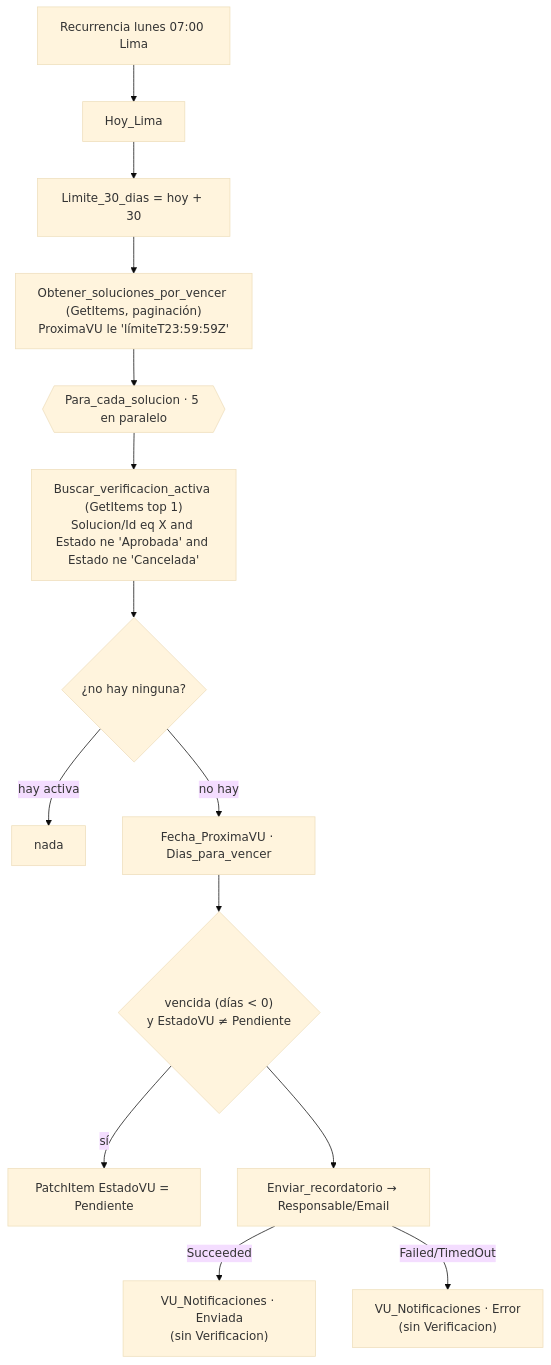
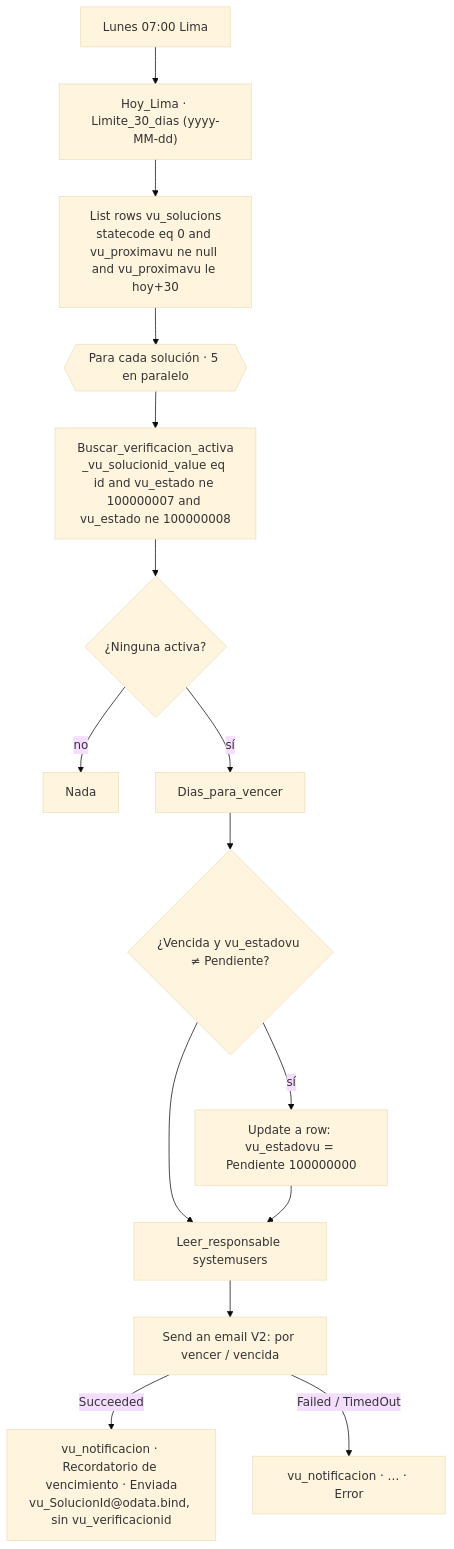
One commit to Biomont-Soluciones-Agiles/verificaciones-uso changed the diagram in infra/power-automate/F4-Vencimiento/README.md. Above: the diagram before and after it, drawn with Mermaid (base theme). The commit also changed other lines of this file and 119 other files, not shown here.

````diff
--- a/infra/power-automate/F4-Vencimiento/README.md
+++ b/infra/power-automate/F4-Vencimiento/README.md
@@ -15,15 +15,17 @@
 ```mermaid
 flowchart TD
-    T[Recurrencia lunes 07:00 Lima] --> H[Hoy_Lima] --> L30[Limite_30_dias = hoy + 30]
-    L30 --> G["Obtener_soluciones_por_vencer (GetItems, paginación)<br/>ProximaVU le 'límiteT23:59:59Z'"]
-    G --> F{{Para_cada_solucion · 5 en paralelo}}
-    F --> B["Buscar_verificacion_activa (GetItems top 1)<br/>Solucion/Id eq X and Estado ne 'Aprobada' and Estado ne 'Cancelada'"]
-    B --> Q{¿no hay ninguna?}
-    Q -- hay activa --> FIN[nada]
-    Q -- no hay --> D[Fecha_ProximaVU · Dias_para_vencer]
-    D --> V{"vencida (días < 0)<br/>y EstadoVU ≠ Pendiente"}
-    V -- sí --> P[PatchItem EstadoVU = Pendiente]
-    V --> M[Enviar_recordatorio → Responsable/Email]
-    M -- Succeeded --> R1["VU_Notificaciones · Enviada<br/>(sin Verificacion)"]
-    M -- Failed/TimedOut --> R2["VU_Notificaciones · Error<br/>(sin Verificacion)"]
+    T[Lunes 07:00 Lima] --> H["Hoy_Lima · Limite_30_dias (yyyy-MM-dd)"]
+    H --> L["List rows vu_solucions<br/>statecode eq 0 and vu_proximavu ne null and vu_proximavu le hoy+30"]
+    L --> B{{Para cada solución · 5 en paralelo}}
+    B --> A["Buscar_verificacion_activa<br/>_vu_solucionid_value eq id and vu_estado ne 100000007 and vu_estado ne 100000008"]
+    A --> K{¿Ninguna activa?}
+    K -- no --> Fin[Nada]
+    K -- sí --> D[Dias_para_vencer]
+    D --> V{¿Vencida y vu_estadovu ≠ Pendiente?}
+    V -- sí --> P["Update a row: vu_estadovu = Pendiente 100000000"]
+    V --> R[Leer_responsable systemusers]
+    P --> R
+    R --> M[Send an email V2: por vencer / vencida]
+    M -- Succeeded --> N1["vu_notificacion · Recordatorio de vencimiento · Enviada<br/>vu_SolucionId@odata.bind, sin vu_verificacionid"]
+    M -- Failed / TimedOut --> N2["vu_notificacion · … · Error"]
 ```
````
